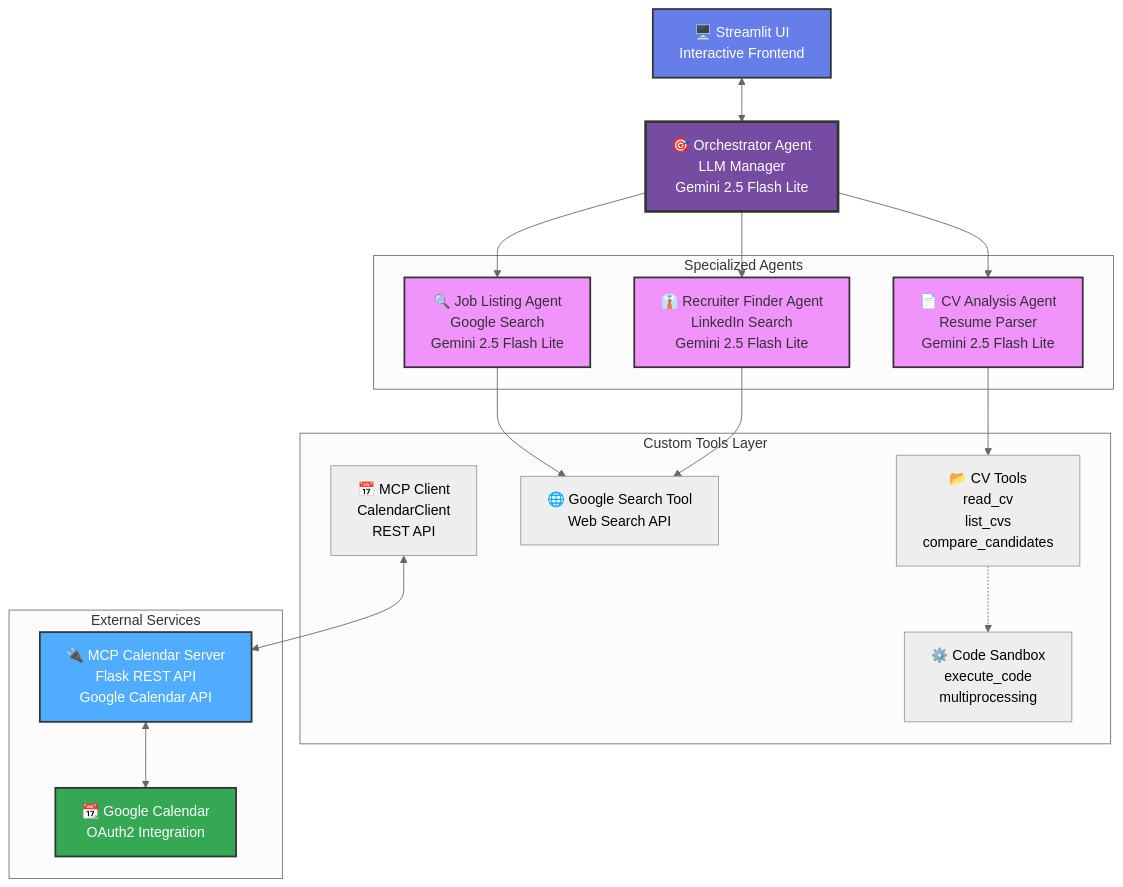
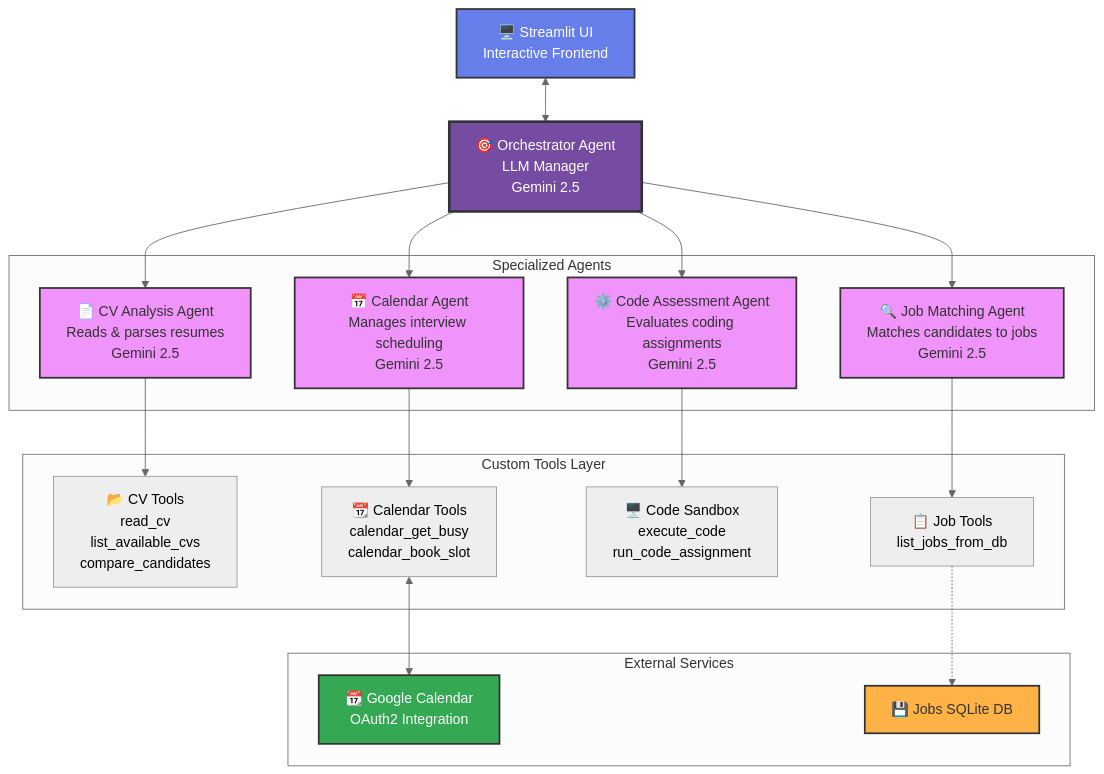
Before and after one commit to pitdagosti/agere-capstone-project-google-kaggle: the diagram in README.md, drawn with Mermaid (neutral theme). The commit also changed other lines of this file, not shown here.

`````diff
--- a/README.md
+++ b/README.md
@@ -174,44 +64,47 @@
 ```mermaid
 graph TB
     UI[🖥️ Streamlit UI<br/>Interactive Frontend]
-    ORCH[🎯 Orchestrator Agent<br/>LLM Manager<br/>Gemini 2.5 Flash Lite]
-    
+    ORCH[🎯 Orchestrator Agent<br/>LLM Manager<br/>Gemini 2.5]
+
     subgraph "Specialized Agents"
-        CV[📄 CV Analysis Agent<br/>Resume Parser<br/>Gemini 2.5 Flash Lite]
-        JOB[🔍 Job Listing Agent<br/>Google Search<br/>Gemini 2.5 Flash Lite]
-        REC[👔 Recruiter Finder Agent<br/>LinkedIn Search<br/>Gemini 2.5 Flash Lite]
+        CV[📄 CV Analysis Agent<br/>Reads & parses resumes<br/>Gemini 2.5]
+        JOB[🔍 Job Matching Agent<br/>Matches candidates to jobs<br/>Gemini 2.5]
+        CODE[⚙️ Code Assessment Agent<br/>Evaluates coding assignments<br/>Gemini 2.5]
+        CAL[📅 Calendar Agent<br/>Manages interview scheduling<br/>Gemini 2.5]
     end
-    
+
     subgraph "Custom Tools Layer"
-        CVTOOLS[📂 CV Tools<br/>read_cv<br/>list_cvs<br/>compare_candidates]
-        GSEARCH[🌐 Google Search Tool<br/>Web Search API]
-        SANDBOX[⚙️ Code Sandbox<br/>execute_code<br/>multiprocessing]
-        MCPCLIENT[📅 MCP Client<br/>CalendarClient<br/>REST API]
+        CVTOOLS[📂 CV Tools<br/>read_cv<br/>list_available_cvs<br/>compare_candidates]
+        JOBTOOLS[📋 Job Tools<br/>list_jobs_from_db]
+        SANDBOX[🖥️ Code Sandbox<br/>execute_code<br/>run_code_assignment]
+        CALTOOLS[📆 Calendar Tools<br/>calendar_get_busy<br/>calendar_book_slot]
     end
-    
+
     subgraph "External Services"
-        MCP[🔌 MCP Calendar Server<br/>Flask REST API<br/>Google Calendar API]
         GCAL[📆 Google Calendar<br/>OAuth2 Integration]
+        JOBDB[💾 Jobs SQLite DB]
     end
-    
+
     UI <--> ORCH
     ORCH --> CV
     ORCH --> JOB
-    ORCH --> REC
-    
+    ORCH --> CODE
+    ORCH --> CAL
+
     CV --> CVTOOLS
-    JOB --> GSEARCH
-    REC --> GSEARCH
-    
-    CVTOOLS -.-> SANDBOX
-    MCPCLIENT <--> MCP
-    MCP <--> GCAL
-    
+    JOB --> JOBTOOLS
+    CODE --> SANDBOX
+    CAL --> CALTOOLS
+
+    JOBTOOLS -.-> JOBDB
+    CALTOOLS <--> GCAL
+
     style UI fill:#667eea,stroke:#333,stroke-width:2px,color:#fff
     style ORCH fill:#764ba2,stroke:#333,stroke-width:3px,color:#fff
     style CV fill:#f093fb,stroke:#333,stroke-width:2px,color:#333
     style JOB fill:#f093fb,stroke:#333,stroke-width:2px,color:#333
-    style REC fill:#f093fb,stroke:#333,stroke-width:2px,color:#333
-    style MCP fill:#4facfe,stroke:#333,stroke-width:2px,color:#fff
+    style CODE fill:#f093fb,stroke:#333,stroke-width:2px,color:#333
+    style CAL fill:#f093fb,stroke:#333,stroke-width:2px,color:#333
     style GCAL fill:#34a853,stroke:#333,stroke-width:2px,color:#fff
-```
+    style JOBDB fill:#ffb347,stroke:#333,stroke-width:2px,color:#333
+````
`````
